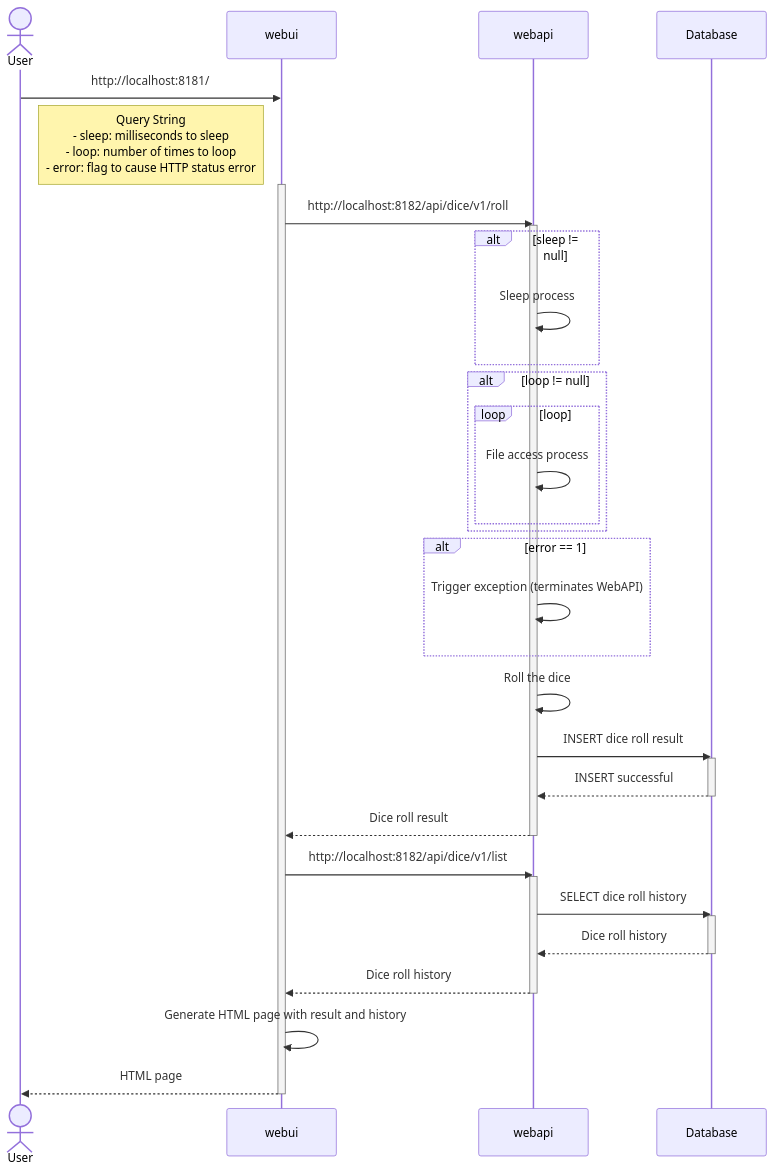
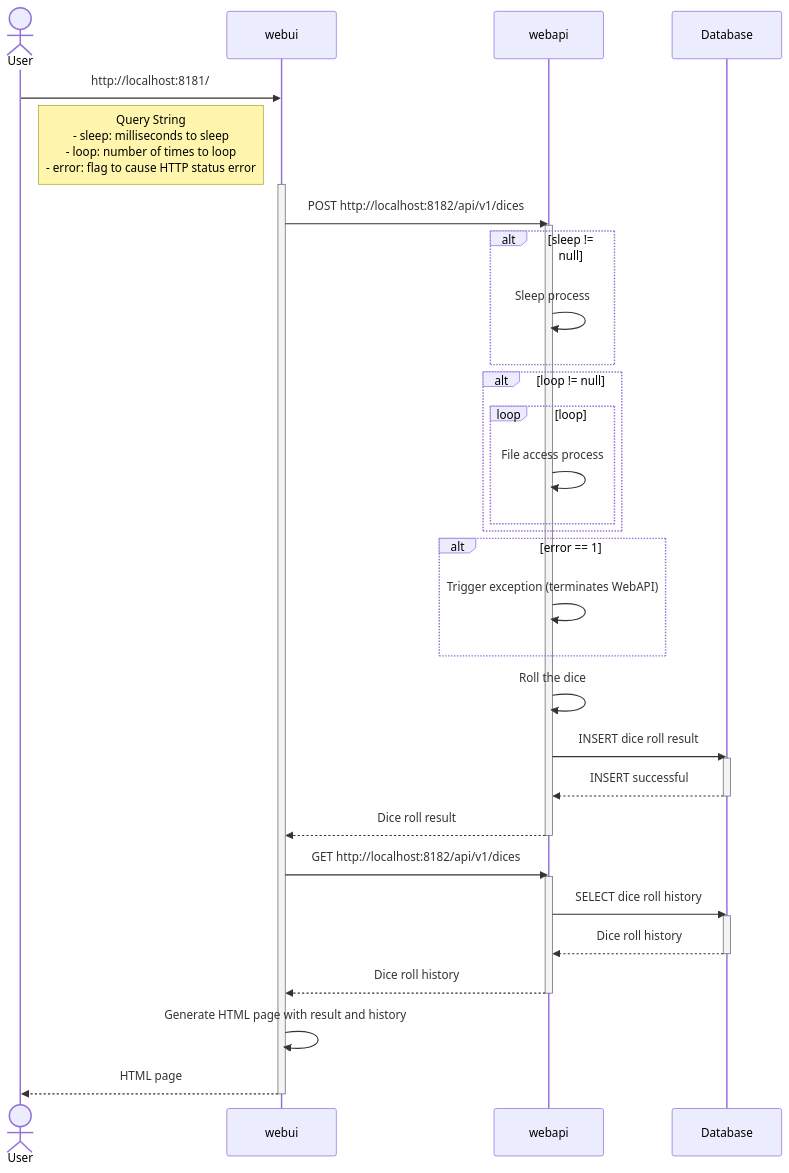
One commit to Toshiharu-Konuma-sti/hands-on-rollingdice-webapp changed the diagram in README.md. Above: the diagram before and after it, drawn with Mermaid. The commit also changed 1 other file, not shown here.

Commit message:
updated the sequence diagram

````diff
--- a/README.md
+++ b/README.md
@@ -67,52 +67,52 @@
 ```mermaid
 sequenceDiagram
     actor User
     participant webui
     participant webapi
     participant Database
 
     User->>webui: http://localhost:8181/
     Note right of User: Query String<br>- sleep: milliseconds to sleep<br>- loop: number of times to loop<br>- error: flag to cause HTTP status error
     activate webui
 
-        webui->>webapi: http://localhost:8182/api/dice/v1/roll
+        webui->>webapi: POST http://localhost:8182/api/v1/dices
         activate webapi
 
             alt sleep != null
                 webapi->>webapi: Sleep process
             end
             alt loop != null
                 loop loop
                     webapi->>webapi: File access process
                 end
             end
             alt error == 1
                 webapi->>webapi: Trigger exception (terminates WebAPI)
             end
             webapi->>webapi: Roll the dice
             webapi->>Database: INSERT dice roll result
             activate Database
 
                 Database-->>webapi: INSERT successful
 
             deactivate Database
             webapi-->>webui: Dice roll result
 
         deactivate webapi
-        webui->>webapi: http://localhost:8182/api/dice/v1/list
+        webui->>webapi: GET http://localhost:8182/api/v1/dices
         activate webapi
 
             webapi->>Database: SELECT dice roll history
             activate Database
 
             Database-->>webapi: Dice roll history
             
             deactivate Database
             webapi-->>webui: Dice roll history
 
         deactivate webapi
         webui->>webui: Generate HTML page with result and history
         webui-->>User: HTML page
 
     deactivate webui
 ```
````
